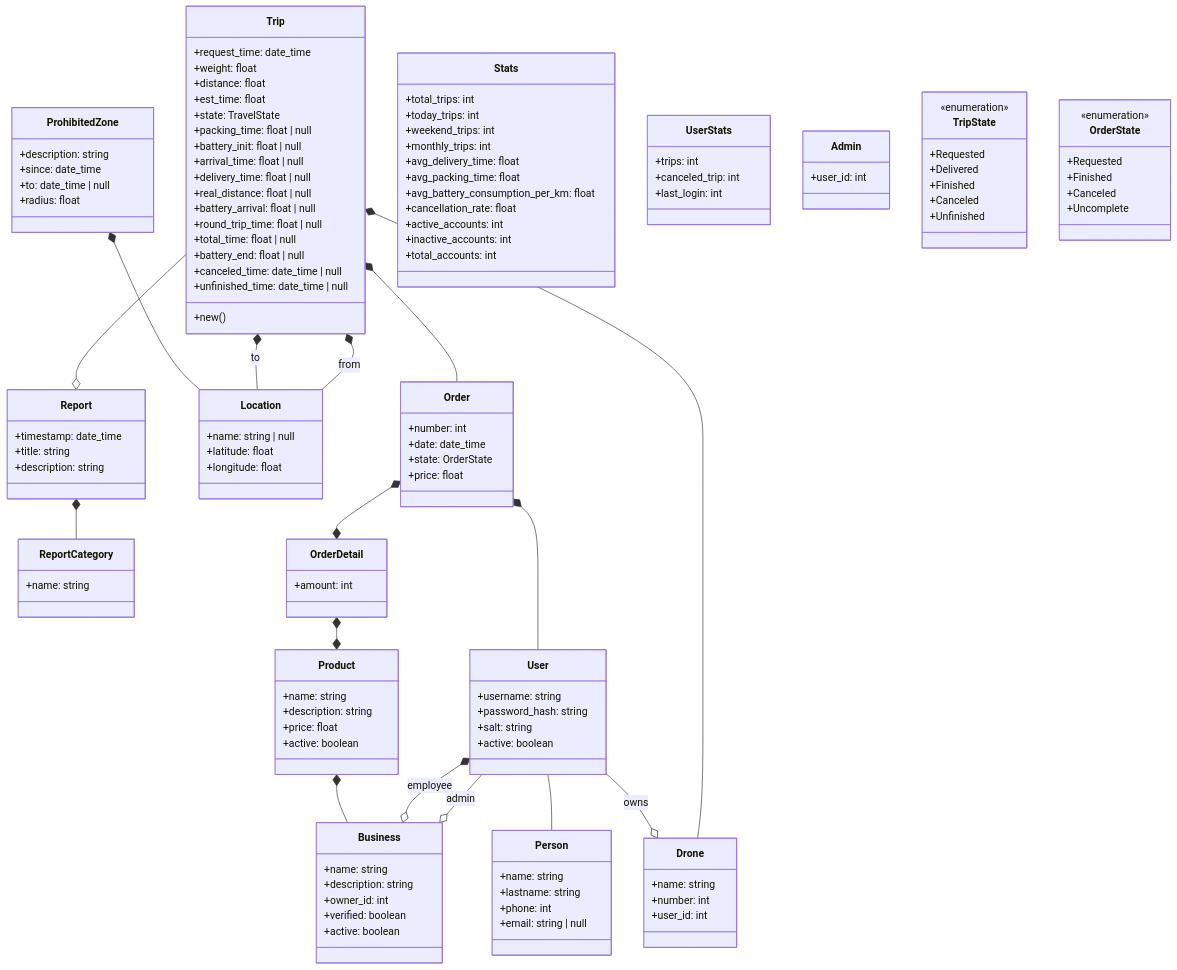
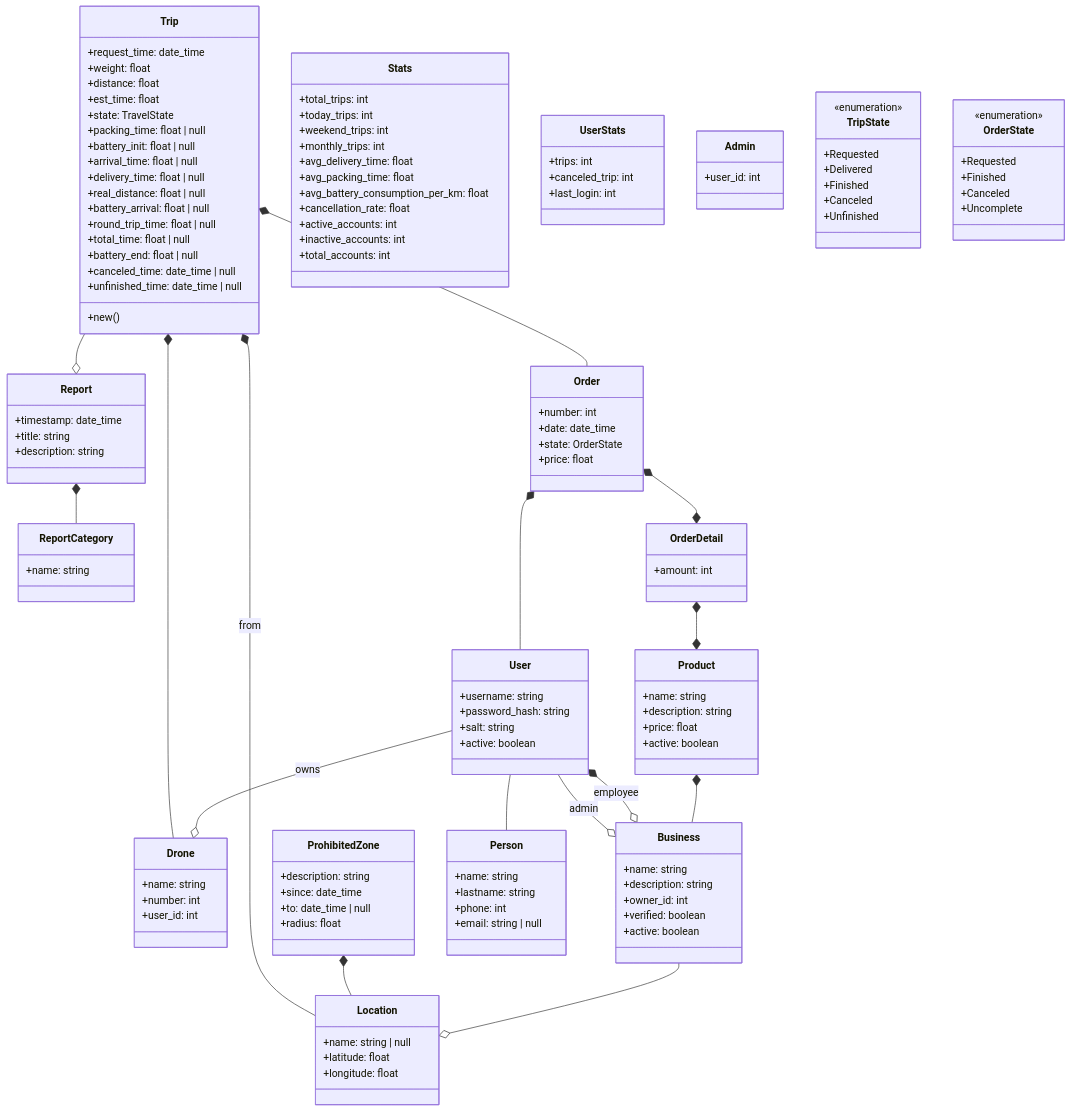
Before and after one commit to vector-sur/backend: the second of 3 diagrams in README.md, drawn with Mermaid.

```diff
--- a/README.md
+++ b/README.md
@@ -42,7 +42,6 @@
     Order *-- User
     Trip *--  Order
     Trip *-- Location : from
-    Trip *-- Location : to
     Trip *-- Drone
     Trip --o Report
     Report *-- ReportCategory
@@ -54,6 +53,7 @@
     Order *--* OrderDetail
     OrderDetail *--* Product
     User -- Person
+    Business --o Location
 
     class Person {
         +name: string
```
